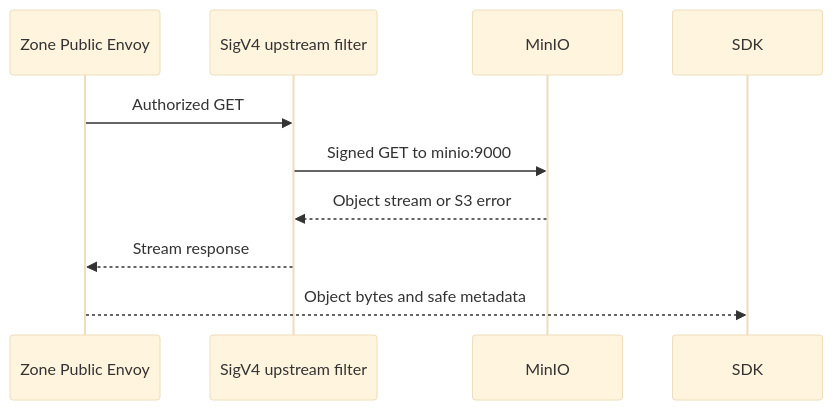
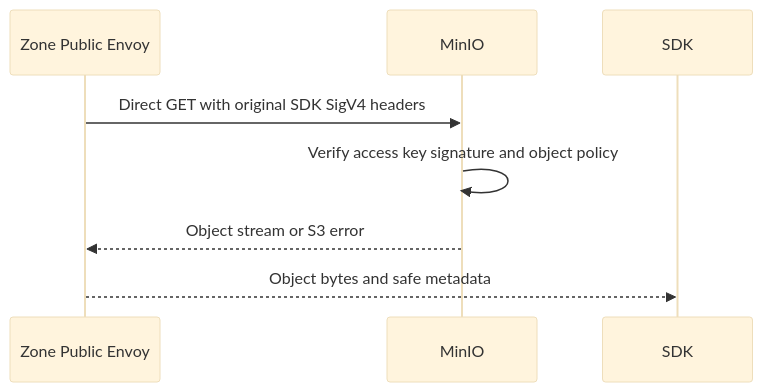
The second of 2 diagrams in god_view/storage/personal_storage_sdk_object_download_god_view_workflow.md (phucle996/aurora), drawn with Mermaid (base theme) before and after one commit. The commit also changed other lines of this file and 94 other files, not shown here.

````diff
--- a/god_view/storage/personal_storage_sdk_object_download_god_view_workflow.md
+++ b/god_view/storage/personal_storage_sdk_object_download_god_view_workflow.md
@@ -67,12 +82,10 @@
 ```mermaid
 sequenceDiagram
     participant E as Zone Public Envoy
-    participant S as SigV4 upstream filter
     participant M as MinIO
 
-    E->>S: Authorized GET
-    S->>M: Signed GET to minio:9000
-    M-->>S: Object stream or S3 error
-    S-->>E: Stream response
+    E->>M: Direct GET with original SDK SigV4 headers
+    M->>M: Verify access key signature and object policy
+    M-->>E: Object stream or S3 error
     E-->>SDK: Object bytes and safe metadata
 ```
````
